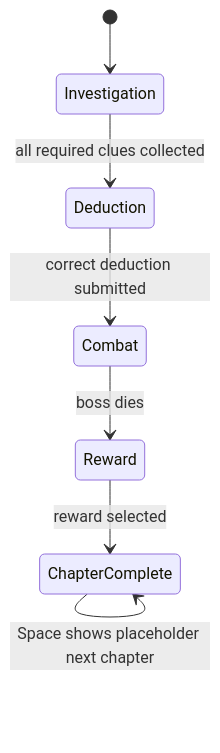
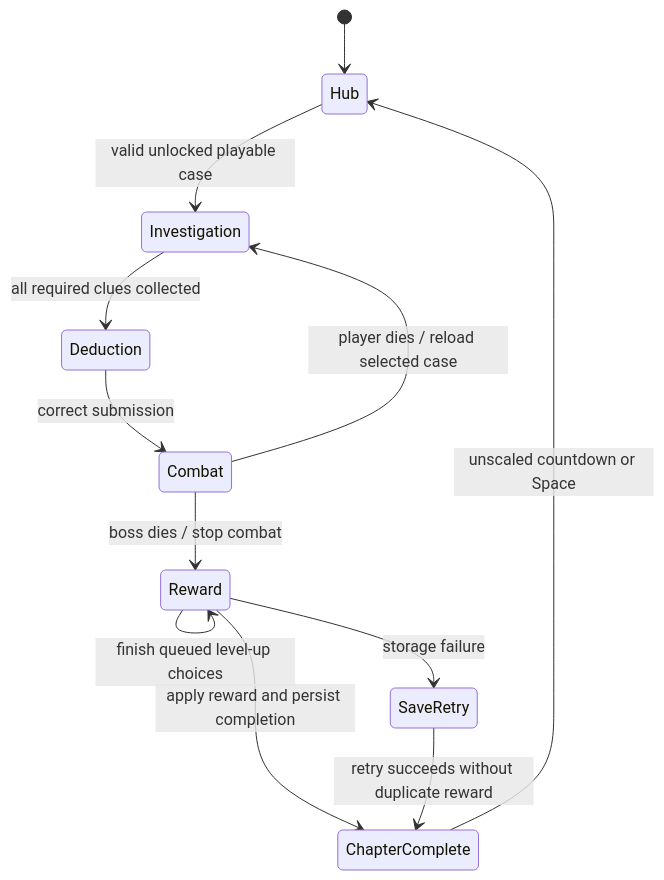
The second of 2 diagrams in Docs/Architecture.md (Vaenix/LostCity), drawn with Mermaid before and after one commit. The commit also changed other lines of this file and 160 other files, not shown here.

Commit message:
feat: complete meta hub and persistent case flow

````diff
--- a/Docs/Architecture.md
+++ b/Docs/Architecture.md
@@ -34,9 +61,14 @@
 ```mermaid
 stateDiagram-v2
-    [*] --> Investigation
+    [*] --> Hub
+    Hub --> Investigation: valid unlocked playable case
     Investigation --> Deduction: all required clues collected
-    Deduction --> Combat: correct deduction submitted
-    Combat --> Reward: boss dies
-    Reward --> ChapterComplete: reward selected
-    ChapterComplete --> ChapterComplete: Space shows placeholder next chapter
+    Deduction --> Combat: correct submission
+    Combat --> Reward: boss dies / stop combat
+    Reward --> Reward: finish queued level-up choices
+    Reward --> ChapterComplete: apply reward and persist completion
+    Reward --> SaveRetry: storage failure
+    SaveRetry --> ChapterComplete: retry succeeds without duplicate reward
+    ChapterComplete --> Hub: unscaled countdown or Space
+    Combat --> Investigation: player dies / reload selected case
 ```
````
